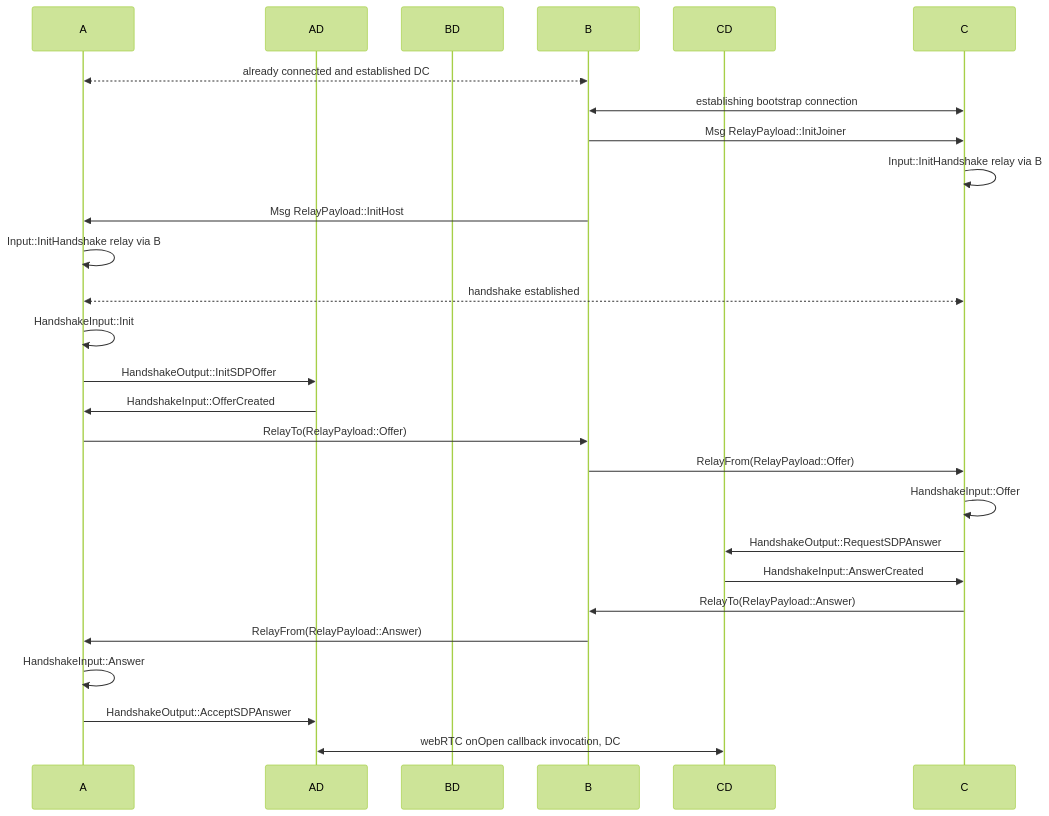
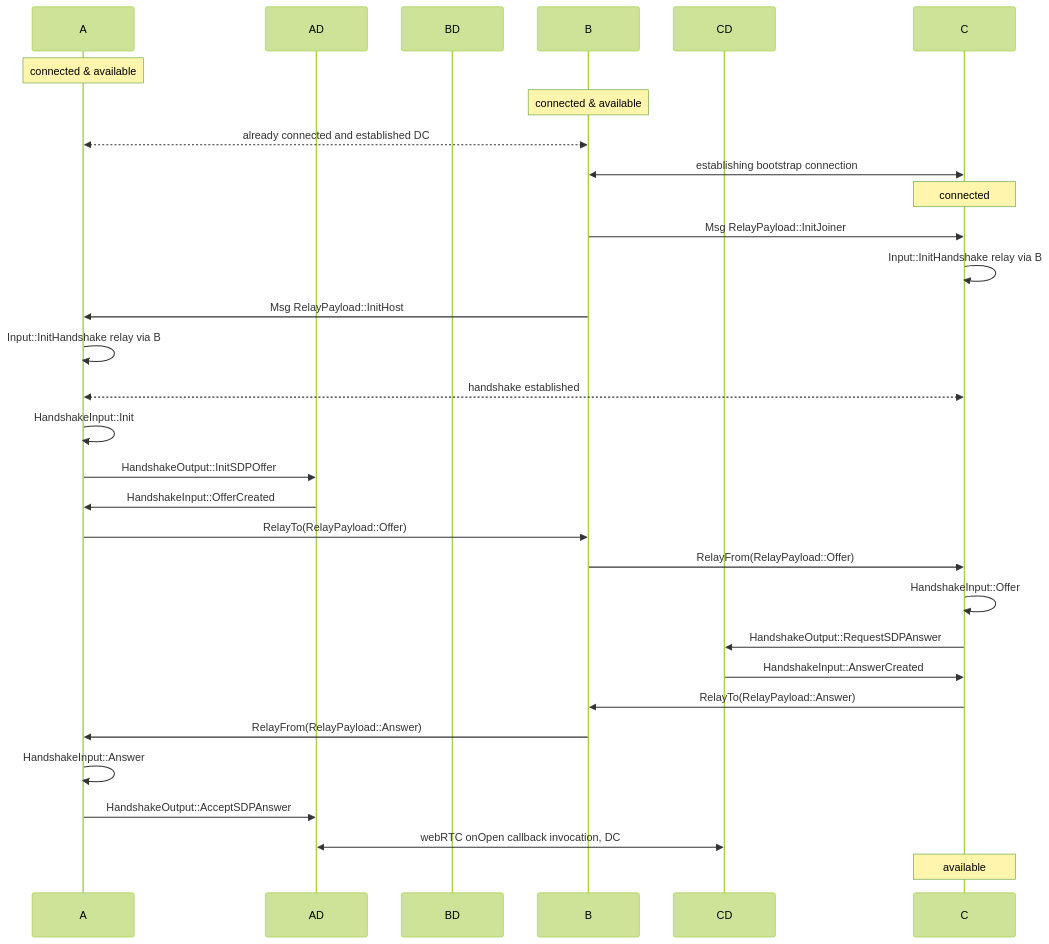
The third of 3 diagrams in docs/protocol.md (PixelQuasar/antenna), drawn with Mermaid (forest theme) before and after one commit. The commit also changed other lines of this file, not shown here.

````diff
--- a/docs/protocol.md
+++ b/docs/protocol.md
@@ -84,34 +85,40 @@
 ```mermaid
 sequenceDiagram
     participant A
     participant AD 
     participant BD
     participant B
     participant CD
     participant C
 
+    note over A: connected & available
+    note over B: connected & available
     A <<-->> B: already connected and established DC
     B <<->> C: establishing bootstrap connection
+    note over C: connected
+   
     B ->> C: Msg RelayPayload::InitJoiner
     C ->> C: Input::InitHandshake relay via B
     B ->> A: Msg RelayPayload::InitHost
     A ->> A: Input::InitHandshake relay via B
     A <<-->> C: handshake established
     A ->> A: HandshakeInput::Init
     A ->> AD: HandshakeOutput::InitSDPOffer
     AD ->> A: HandshakeInput::OfferCreated
 
     A ->> B: RelayTo(RelayPayload::Offer)
     B ->> C: RelayFrom(RelayPayload::Offer)
 
     C ->> C: HandshakeInput::Offer
     C ->> CD: HandshakeOutput::RequestSDPAnswer
     CD ->> C: HandshakeInput::AnswerCreated
 
     C ->> B: RelayTo(RelayPayload::Answer)
     B ->> A: RelayFrom(RelayPayload::Answer)
 
     A ->> A: HandshakeInput::Answer
     A ->> AD: HandshakeOutput::AcceptSDPAnswer
     AD <<->> CD: webRTC onOpen callback invocation, DC
+
+    note over C: available
 ```
````
